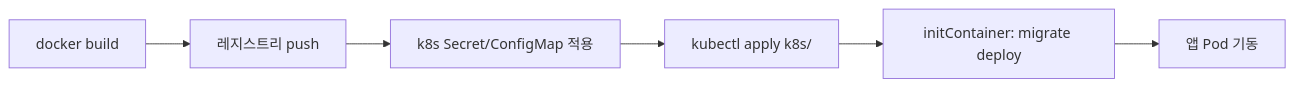
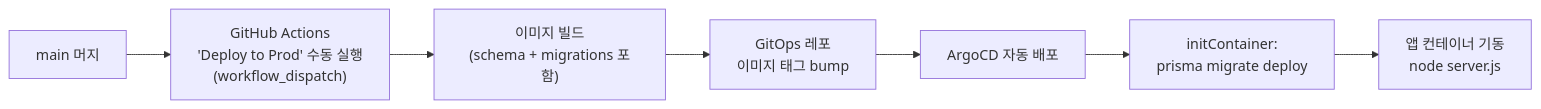
The fourth of 4 diagrams in README.md (Team-Neki/Team-Neki-Sprint), drawn with Mermaid before and after one commit. The commit also changed other lines of this file and 2 other files, not shown here.

````diff
--- a/README.md
+++ b/README.md
@@ -109,8 +155,9 @@
 ```mermaid
 flowchart LR
-    A["docker build"] --> B["레지스트리 push"]
-    B --> C["k8s Secret/ConfigMap 적용"]
-    C --> D["kubectl apply k8s/"]
-    D --> E["initContainer: migrate deploy"]
-    E --> F["앱 Pod 기동"]
+    A["main 머지"] --> B["GitHub Actions<br/>'Deploy to Prod' 수동 실행<br/>(workflow_dispatch)"]
+    B --> C["이미지 빌드<br/>(schema + migrations 포함)"]
+    C --> D["GitOps 레포<br/>이미지 태그 bump"]
+    D --> E["ArgoCD 자동 배포"]
+    E --> F["initContainer:<br/>prisma migrate deploy"]
+    F --> G["앱 컨테이너 기동<br/>node server.js"]
 ```
````
